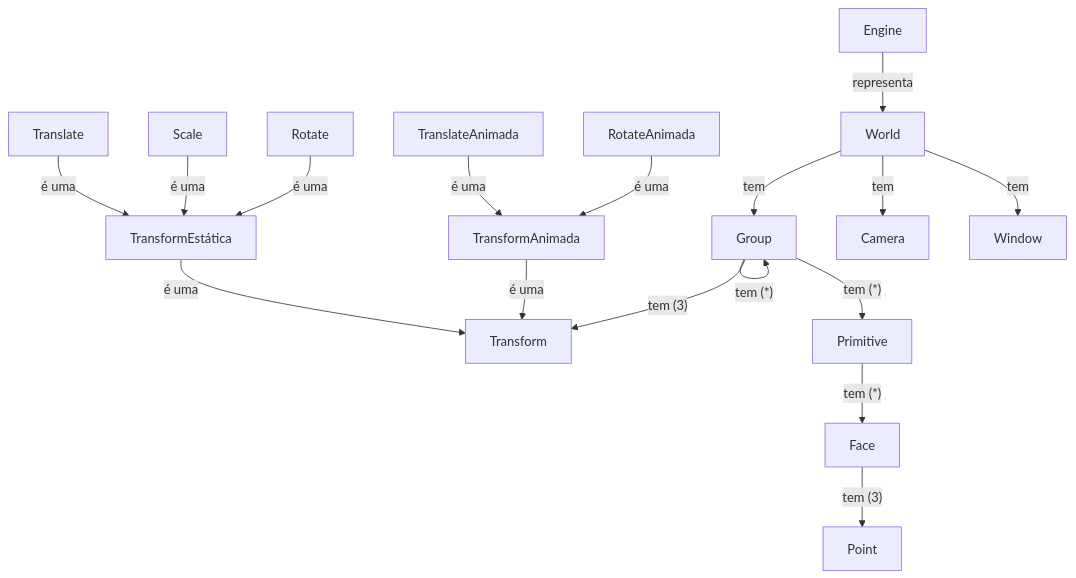
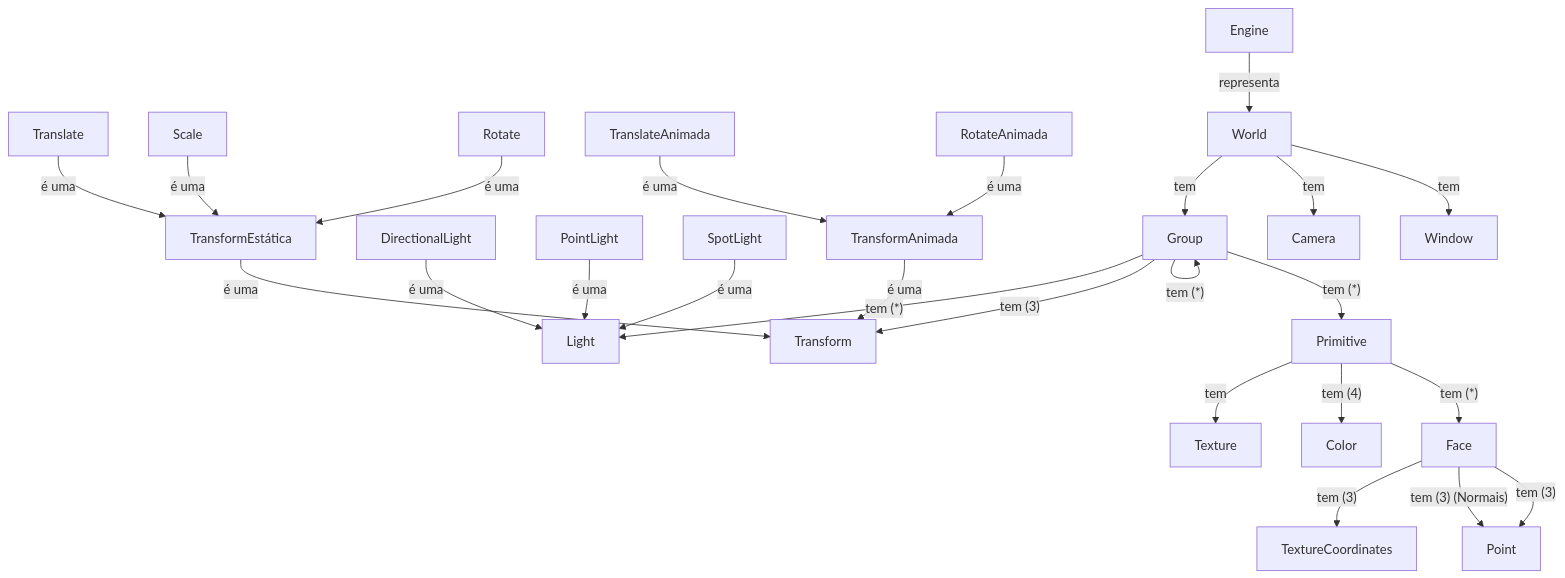
One commit to guinucool/ProjCompGrafica24UM changed the third of 4 diagrams in README.md. Above: the diagram before and after it, drawn with Mermaid. The commit also changed other lines of this file and 4 other files, not shown here.

````diff
--- a/README.md
+++ b/README.md
@@ -375,19 +375,27 @@
 ```mermaid
 graph TD
     Primitive-- tem (*) -->Face
+    Primitive-- tem (4) -->Color
+    Primitive-- tem -->Texture
     Face-- tem (3) -->Point
+    Face-- tem (3) (Normais) -->Point
+    Face-- tem (3) -->TextureCoordinates
     Group-- tem (*) -->Primitive
     Group-- tem (*) -->Group
     Group-- tem (3) -->Transform
+    Group-- tem (*) -->Light
+    DirectionalLight-- é uma -->Light
+    PointLight-- é uma -->Light
+    SpotLight-- é uma -->Light
     Translate-- é uma -->TransformEstática
     Scale-- é uma -->TransformEstática
     Rotate-- é uma -->TransformEstática
     TranslateAnimada-- é uma -->TransformAnimada
     RotateAnimada-- é uma -->TransformAnimada
     TransformAnimada-- é uma -->Transform
     TransformEstática-- é uma -->Transform
     World-- tem -->Window
     World-- tem -->Camera
     World-- tem -->Group
     Engine-- representa -->World
 ```
````
